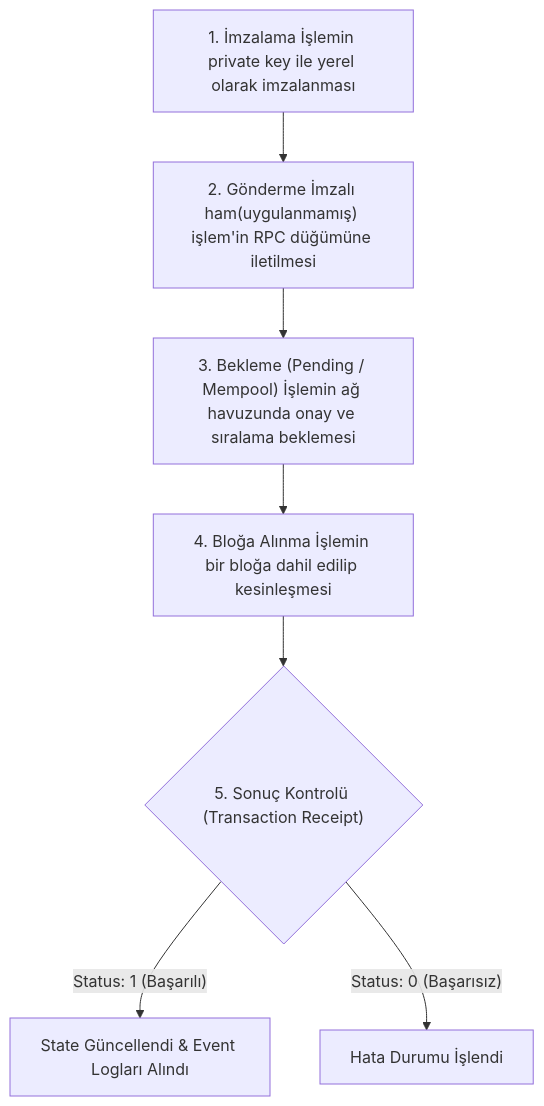
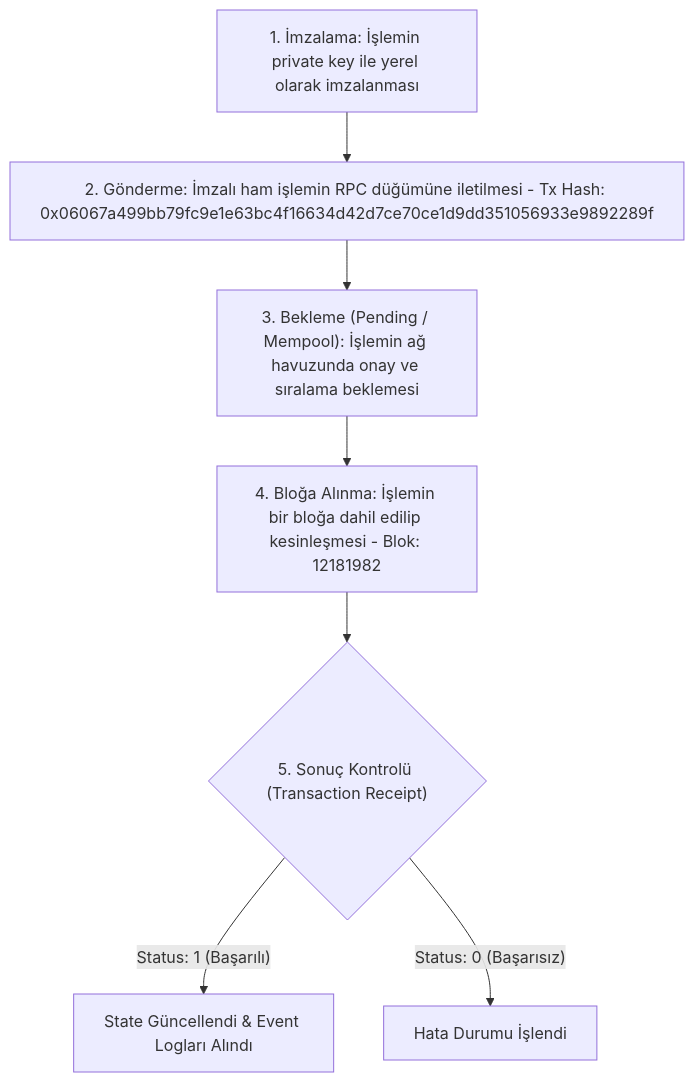
Before and after one commit to dev-fatih/quantum-baslangic: the diagram in arastirma_notlari.md, drawn with Mermaid. The commit also changed other lines of this file and 3 other files, not shown here.

````diff
--- a/arastirma_notlari.md
+++ b/arastirma_notlari.md
@@ -227,9 +227,9 @@
 ```mermaid
 flowchart TD
-    A["1. İmzalama İşlemin private key ile yerel olarak imzalanması"] --> B["2. Gönderme İmzalı ham(uygulanmamış) işlem'in RPC düğümüne iletilmesi"]
-    B --> C["3. Bekleme (Pending / Mempool) İşlemin ağ havuzunda onay ve sıralama beklemesi"]
-    C --> D["4. Bloğa Alınma İşlemin bir bloğa dahil edilip kesinleşmesi"]
+    A["1. İmzalama: İşlemin private key ile yerel olarak imzalanması"] --> B["2. Gönderme: İmzalı ham işlemin RPC düğümüne iletilmesi - Tx Hash: 0x06067a499bb79fc9e1e63bc4f16634d42d7ce70ce1d9dd351056933e9892289f"]
+    B --> C["3. Bekleme (Pending / Mempool): İşlemin ağ havuzunda onay ve sıralama beklemesi"]
+    C --> D["4. Bloğa Alınma: İşlemin bir bloğa dahil edilip kesinleşmesi - Blok: 12181982"]
     D --> E{"5. Sonuç Kontrolü (Transaction Receipt)"}
     E -- "Status: 1 (Başarılı)" --> F["State Güncellendi & Event Logları Alındı"]
     E -- "Status: 0 (Başarısız)" --> G["Hata Durumu İşlendi"]
 ```
````
